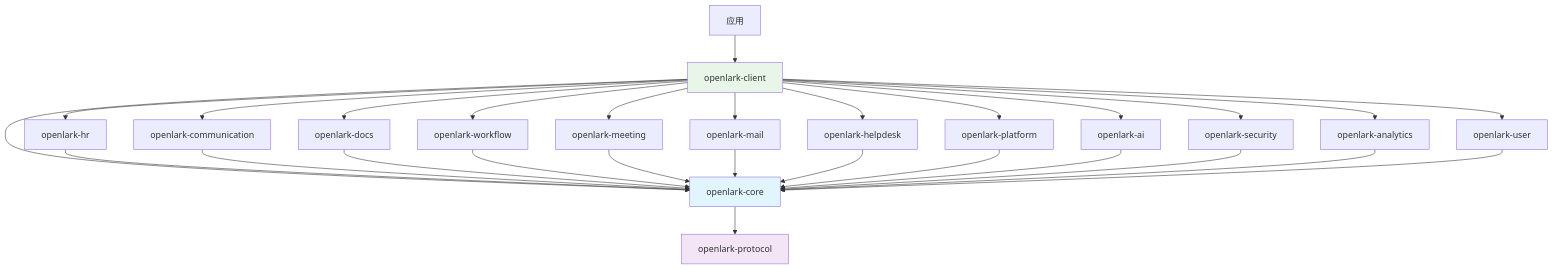
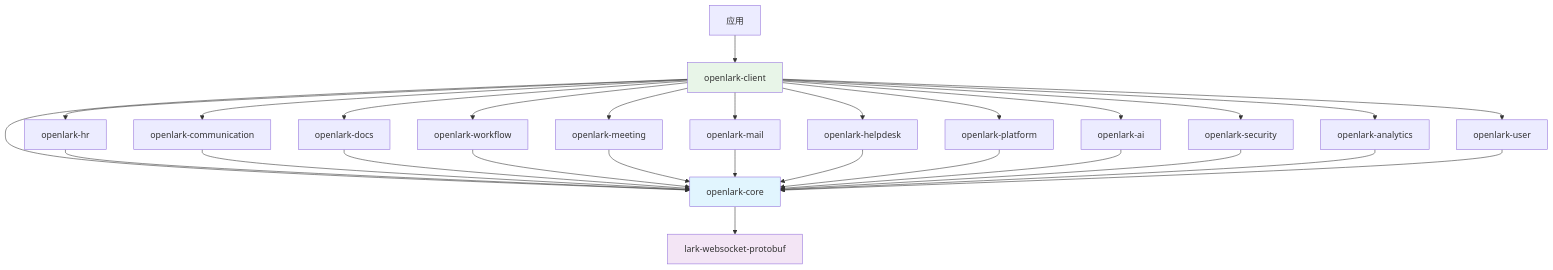
One commit to foxzool/openlark changed the first of 2 diagrams in ARCHITECTURE.md. Above: the diagram before and after it, drawn with Mermaid. The commit also changed other lines of this file and 24 other files, not shown here.

First line of the commit message:
fix(protocol): ship pre-generated websocket protobuf (#606)

````diff
--- a/ARCHITECTURE.md
+++ b/ARCHITECTURE.md
@@ -266,36 +266,36 @@
 ```mermaid
 graph TD
     A["应用"] --> B["openlark-client"]
     B --> C["openlark-core"]
     B --> D["openlark-hr"]
     B --> E["openlark-communication"]
     B --> F["openlark-docs"]
     B --> G["openlark-workflow"]
     B --> H["openlark-meeting"]
     B --> I["openlark-mail"]
     B --> J["openlark-helpdesk"]
     B --> K["openlark-platform"]
     B --> L["openlark-ai"]
     B --> M["openlark-security"]
     B --> N["openlark-analytics"]
     B --> O["openlark-user"]
 
     D --> C
     E --> C
     F --> C
     G --> C
     H --> C
     I --> C
     J --> C
     K --> C
     L --> C
     M --> C
     N --> C
     O --> C
 
-    C --> P["openlark-protocol"]
+    C --> P["lark-websocket-protobuf"]
 
     style C fill:#e1f5fe
     style P fill:#f3e5f5
     style B fill:#e8f5e8
 ```
````
